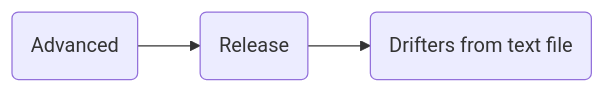
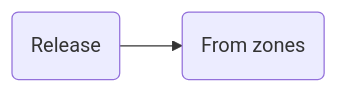
The seventh of 8 diagrams in ichthyop-training.qmd (ichthyop/ichthyop-practical-session), drawn with Mermaid before and after one commit. The commit also changed other lines of this file and 3 other files, not shown here.

````diff
--- a/ichthyop-training.qmd
+++ b/ichthyop-training.qmd
@@ -260,8 +269,6 @@
 ```{mermaid}
     graph LR;
-    id1(Advanced)
     id2(Release)
-    id3(Drifters from text file)
-    id1 --> id2
+    id3(From zones)
     id2 --> id3
 ```
````
